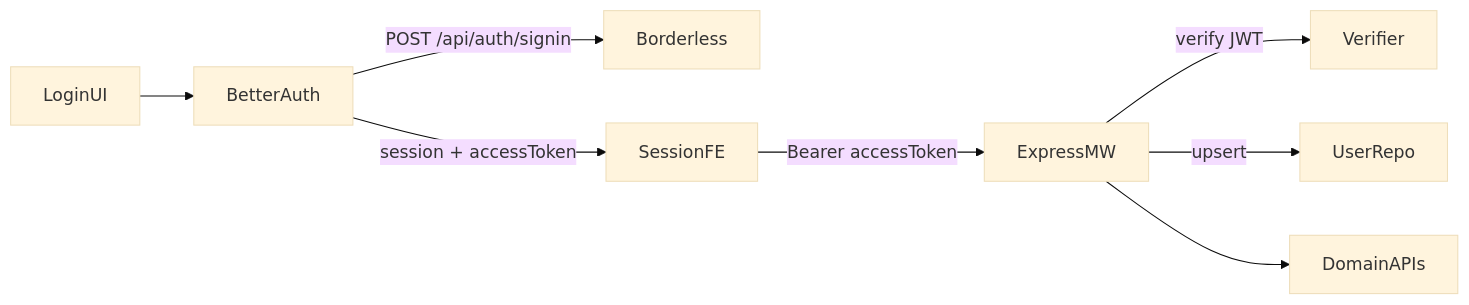
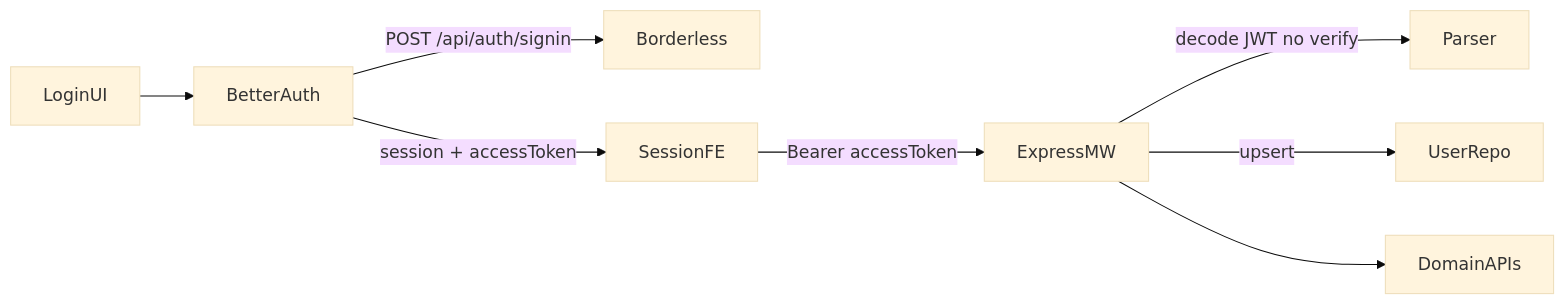
One commit to ProgramadoresSemPatria/HB01-2026-ai-mock-interview changed the diagram in .specs/features/borderless-better-auth/design.md. Above: the diagram before and after it, drawn with Mermaid (base theme). The commit also changed other lines of this file and 14 other files, not shown here.

First line of the commit message:
fix(auth): decode Borderless Bearer without JWT secret

````diff
--- a/.specs/features/borderless-better-auth/design.md
+++ b/.specs/features/borderless-better-auth/design.md
@@ -13,10 +13,10 @@
 ```mermaid
 flowchart LR
   LoginUI --> BetterAuth
   BetterAuth -->|POST /api/auth/signin| Borderless
   BetterAuth -->|session + accessToken| SessionFE
   SessionFE -->|Bearer accessToken| ExpressMW
-  ExpressMW -->|verify JWT| Verifier
+  ExpressMW -->|decode JWT no verify| Parser
   ExpressMW -->|upsert| UserRepo
   ExpressMW --> DomainAPIs
 ```
````
